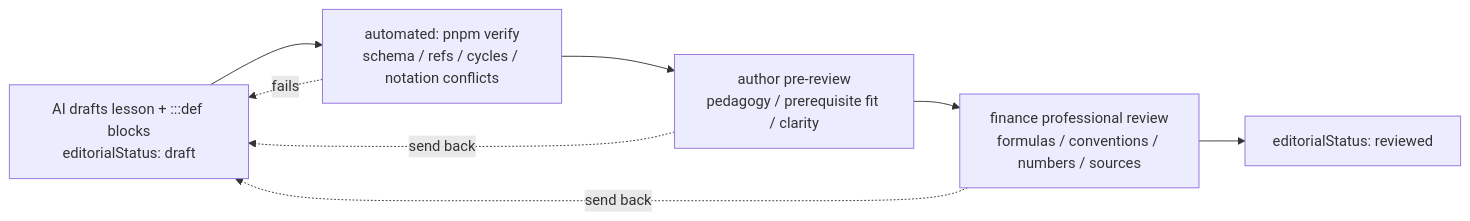
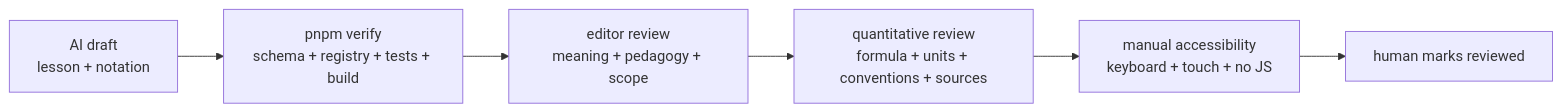
The third of 3 diagrams in NOTATION_ARCHITECTURE.md (danieltuzes/credit-and-derivatives), drawn with Mermaid before and after one commit. The commit also changed other lines of this file and 90 other files, not shown here.

````diff
--- a/NOTATION_ARCHITECTURE.md
+++ b/NOTATION_ARCHITECTURE.md
@@ -164,10 +292,8 @@
 ```mermaid
 flowchart LR
-  AI["AI drafts lesson + :::def blocks<br/>editorialStatus: draft"] --> CI["automated: pnpm verify<br/>schema / refs / cycles / notation conflicts"]
-  CI --> PR["author pre-review<br/>pedagogy / prerequisite fit / clarity"]
-  PR --> FR["finance professional review<br/>formulas / conventions / numbers / sources"]
-  FR --> RV["editorialStatus: reviewed"]
-  CI -. fails .-> AI
-  PR -. send back .-> AI
-  FR -. send back .-> AI
+  AI["AI draft<br/>lesson + notation"] --> CI["pnpm verify<br/>schema + registry + tests + build"]
+  CI --> ED["editor review<br/>meaning + pedagogy + scope"]
+  ED --> QR["quantitative review<br/>formula + units + conventions + sources"]
+  QR --> AX["manual accessibility<br/>keyboard + touch + no JS"]
+  AX --> RV["human marks reviewed"]
 ```
````
